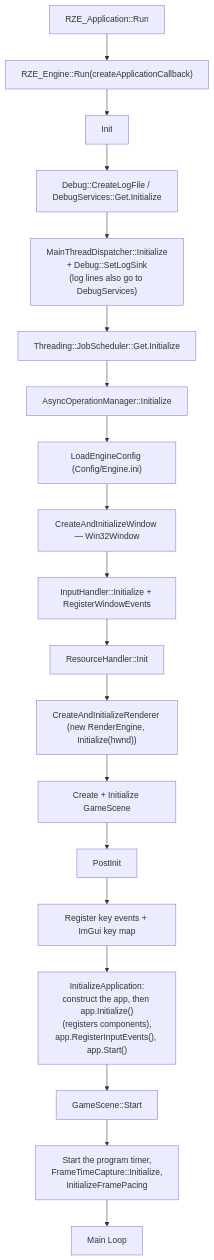
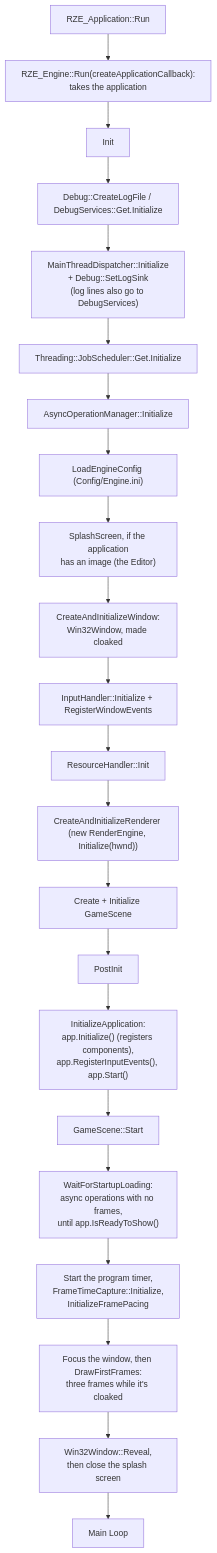
The first of 3 diagrams in Docs/Generated/Engine/02-Architecture/Engine-Startup-And-Frame-Loop.md (b1nary0/RZE), drawn with Mermaid before and after one commit. The commit also changed other lines of this file and 6 other files, not shown here.

Commit message:
Document the splash screen, the cloaked window and start-up loading

````diff
--- a/Docs/Generated/Engine/02-Architecture/Engine-Startup-And-Frame-Loop.md
+++ b/Docs/Generated/Engine/02-Architecture/Engine-Startup-And-Frame-Loop.md
@@ -36,22 +36,25 @@
 ```mermaid
 %%{init: {'flowchart': {'subGraphTitleMargin': {'top': 6, 'bottom': 10}}, 'themeCSS': '.labelBkg, .edgeLabel { background-color: var(--background-primary) !important; } .messageText, .labelText, .loopText { paint-order: stroke; stroke: var(--background-primary); stroke-width: 5px; stroke-linejoin: round; }'}}%%
 flowchart TD
-    A[RZE_Application::Run] --> B["RZE_Engine::Run(createApplicationCallback)"]
+    A[RZE_Application::Run] --> B["RZE_Engine::Run(createApplicationCallback):<br/>takes the application"]
     B --> C[Init]
     C --> C1[Debug::CreateLogFile / DebugServices::Get.Initialize]
     C1 --> C1b["MainThreadDispatcher::Initialize<br/>+ Debug::SetLogSink<br/>(log lines also go to DebugServices)"]
     C1b --> C2[Threading::JobScheduler::Get.Initialize]
     C2 --> C2b[AsyncOperationManager::Initialize]
     C2b --> C3["LoadEngineConfig (Config/Engine.ini)"]
-    C3 --> C4[CreateAndInitializeWindow — Win32Window]
+    C3 --> C3b["SplashScreen, if the application<br/>has an image (the Editor)"]
+    C3b --> C4["CreateAndInitializeWindow:<br/>Win32Window, made cloaked"]
     C4 --> C5[InputHandler::Initialize + RegisterWindowEvents]
     C5 --> C6[ResourceHandler::Init]
     C6 --> C7["CreateAndInitializeRenderer (new RenderEngine, Initialize(hwnd))"]
     C7 --> C8[Create + Initialize GameScene]
     C8 --> D[PostInit]
-    D --> D1[Register key events + ImGui key map]
-    D1 --> D2["InitializeApplication:<br/>construct the app, then app.Initialize()<br/>(registers components),<br/>app.RegisterInputEvents(), app.Start()"]
+    D --> D2["InitializeApplication:<br/>app.Initialize() (registers components),<br/>app.RegisterInputEvents(), app.Start()"]
     D2 --> D3[GameScene::Start]
-    D3 --> F["Start the program timer,<br/>FrameTimeCapture::Initialize,<br/>InitializeFramePacing"]
-    F --> E[Main Loop]
+    D3 --> W["WaitForStartupLoading:<br/>async operations with no frames,<br/>until app.IsReadyToShow()"]
+    W --> F["Start the program timer,<br/>FrameTimeCapture::Initialize,<br/>InitializeFramePacing"]
+    F --> G["Focus the window, then DrawFirstFrames:<br/>three frames while it's cloaked"]
+    G --> R["Win32Window::Reveal,<br/>then close the splash screen"]
+    R --> E[Main Loop]
 ```
````
